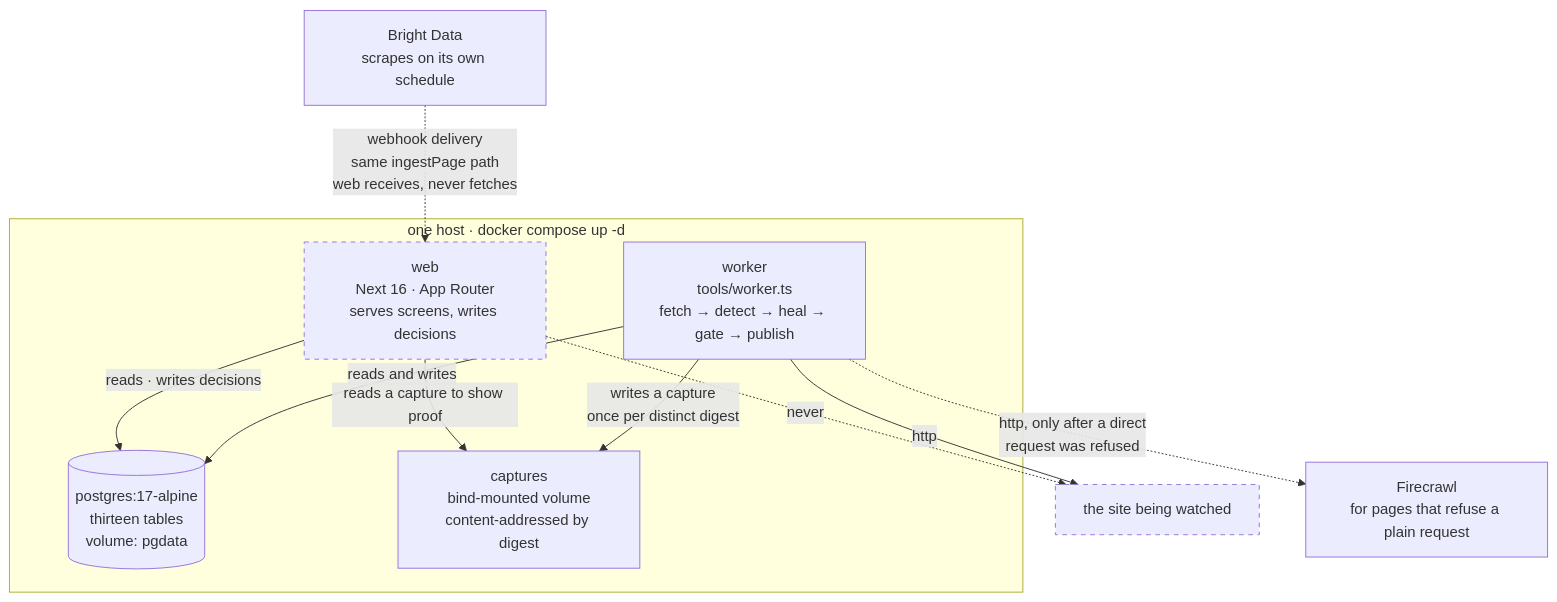
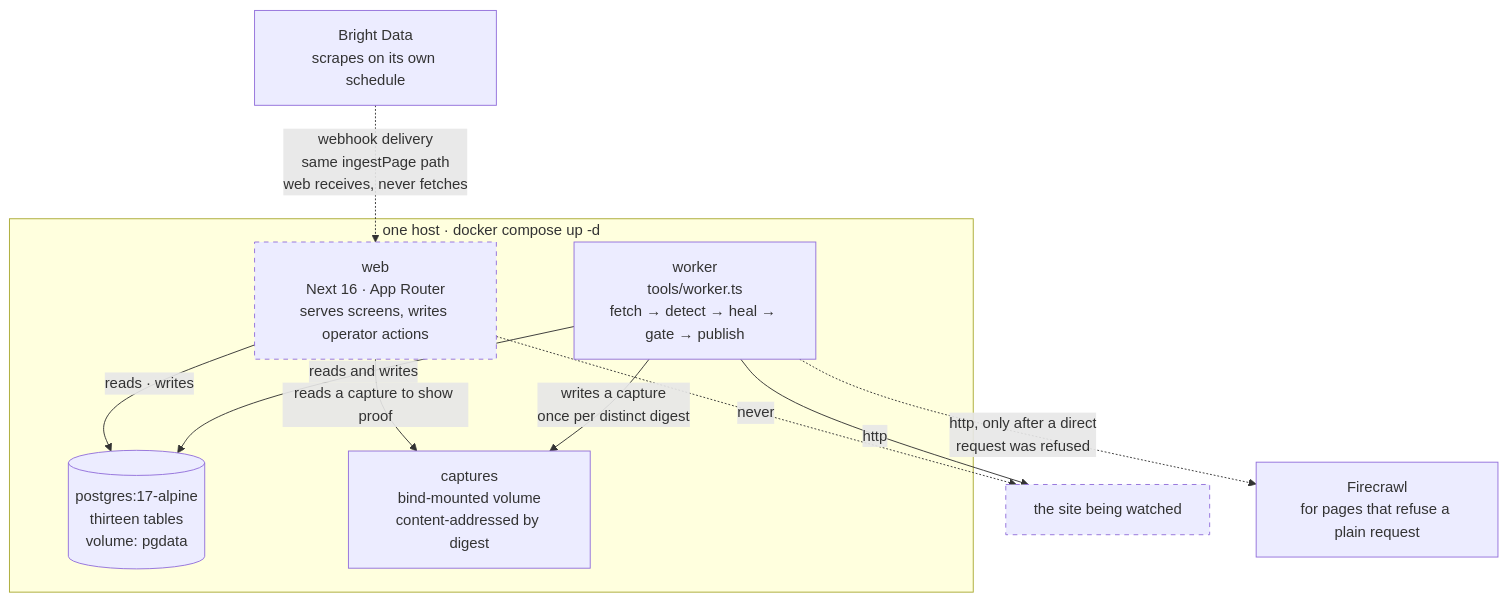
The first of 2 diagrams in web/content/docs/architecture.mdx (Vaibhav91one/assay), drawn with Mermaid before and after one commit. The commit also changed other lines of this file and 42 other files, not shown here.

````diff
--- a/web/content/docs/architecture.mdx
+++ b/web/content/docs/architecture.mdx
@@ -8,28 +8,28 @@
 ```mermaid
 flowchart TB
   subgraph host["one host · docker compose up -d"]
-    web["web<br/>Next 16 · App Router<br/>serves screens, writes decisions"]
+    web["web<br/>Next 16 · App Router<br/>serves screens, writes operator actions"]
     worker["worker<br/>tools/worker.ts<br/>fetch → detect → heal → gate → publish"]
     pg[("postgres:17-alpine<br/>thirteen tables<br/>volume: pgdata")]
     caps["captures<br/>bind-mounted volume<br/>content-addressed by digest"]
   end
 
   site["the site being watched"]
   bd["Bright Data<br/>scrapes on its own schedule"]
   fc["Firecrawl<br/>for pages that refuse a plain request"]
 
   worker -->|"http"| site
   worker -.->|"http, only after a direct<br/>request was refused"| fc
   bd -.->|"webhook delivery<br/>same ingestPage path<br/>web receives, never fetches"| web
 
   worker -->|"reads and writes"| pg
   worker -->|"writes a capture<br/>once per distinct digest"| caps
 
-  web -->|"reads · writes decisions"| pg
+  web -->|"reads · writes"| pg
   web -->|"reads a capture to show proof"| caps
 
   web -. "never" .-> site
 
   classDef never stroke-dasharray: 5 5
   class web,site never
 ```
````
